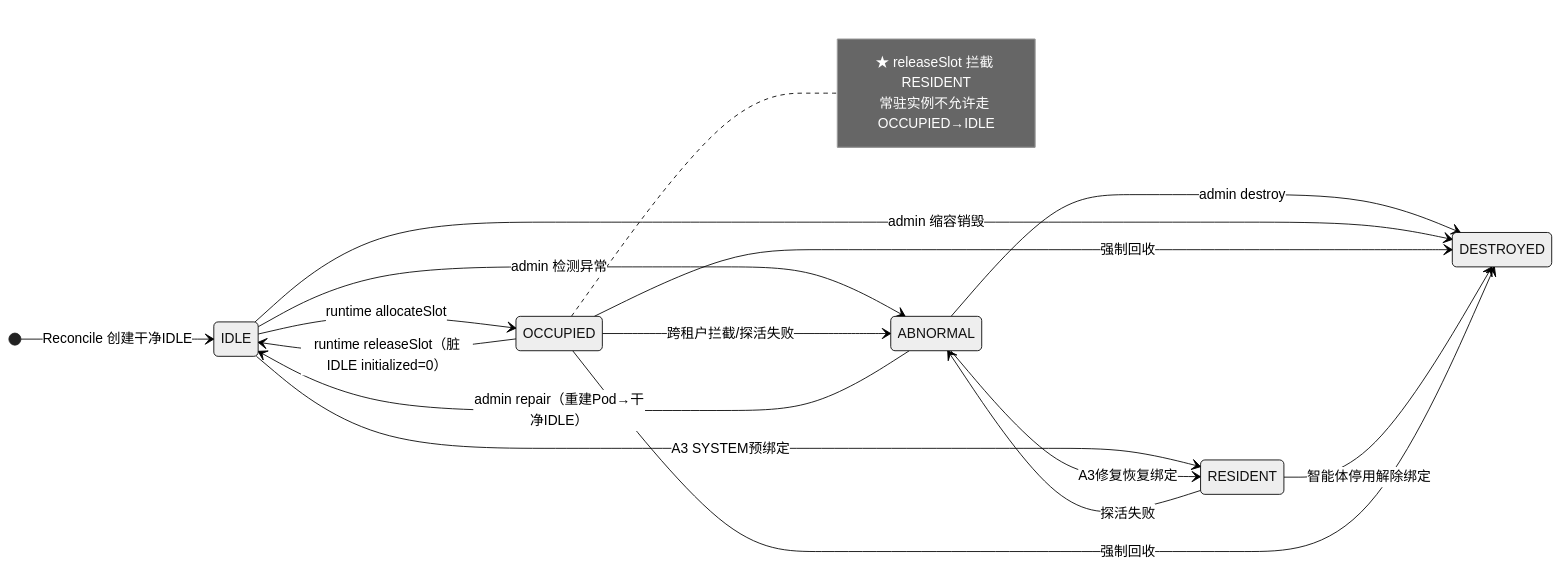
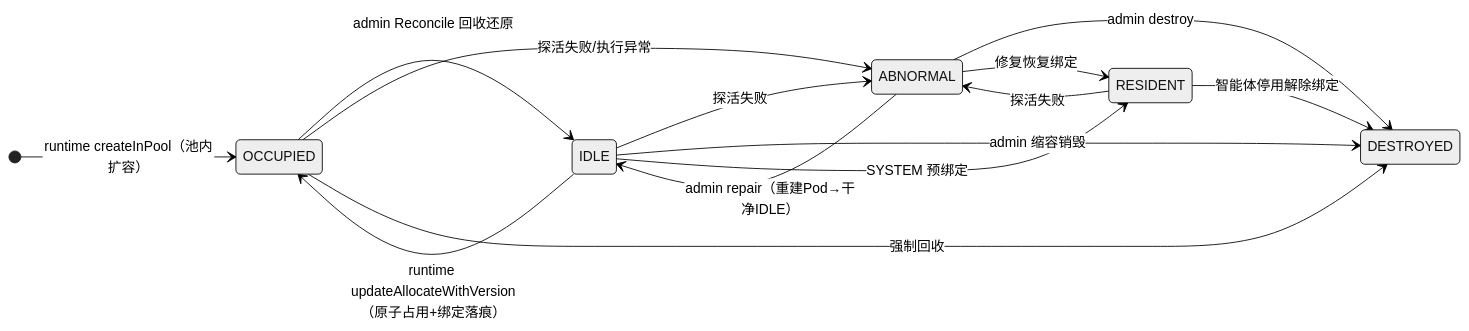
The first of 5 diagrams in docs/sandbox-allocation-and-recycling.md (HarnessAgentStack/AegisAgent), drawn with Mermaid (neutral theme) before and after one commit. The commit also changed other lines of this file and 5 other files, not shown here.

````diff
--- a/docs/sandbox-allocation-and-recycling.md
+++ b/docs/sandbox-allocation-and-recycling.md
@@ -79,25 +78,18 @@
 ```mermaid
 stateDiagram-v2
     direction LR
 
-    [*] --> IDLE: Reconcile 创建干净IDLE
-    IDLE --> OCCUPIED: runtime allocateSlot
-    OCCUPIED --> IDLE: runtime releaseSlot（脏IDLE initialized=0）
-    IDLE --> ABNORMAL: admin 检测异常
-    OCCUPIED --> ABNORMAL: 跨租户拦截/探活失败
+    [*] --> OCCUPIED: runtime createInPool（池内扩容）
+    IDLE --> OCCUPIED: runtime updateAllocateWithVersion（原子占用+绑定落痕）
+    OCCUPIED --> IDLE: admin Reconcile 回收还原
+    IDLE --> ABNORMAL: 探活失败
+    OCCUPIED --> ABNORMAL: 探活失败/执行异常
     ABNORMAL --> IDLE: admin repair（重建Pod→干净IDLE）
     ABNORMAL --> DESTROYED: admin destroy
     IDLE --> DESTROYED: admin 缩容销毁
     OCCUPIED --> DESTROYED: 强制回收
-
-    IDLE --> RESIDENT: A3 SYSTEM预绑定
+    IDLE --> RESIDENT: SYSTEM 预绑定
     RESIDENT --> ABNORMAL: 探活失败
-    ABNORMAL --> RESIDENT: A3修复恢复绑定
+    ABNORMAL --> RESIDENT: 修复恢复绑定
     RESIDENT --> DESTROYED: 智能体停用解除绑定
-    OCCUPIED --> DESTROYED: 强制回收
-
-    note right of OCCUPIED
-        ★ releaseSlot 拦截 RESIDENT
-        常驻实例不允许走 OCCUPIED→IDLE
-    end note
 ```
````
